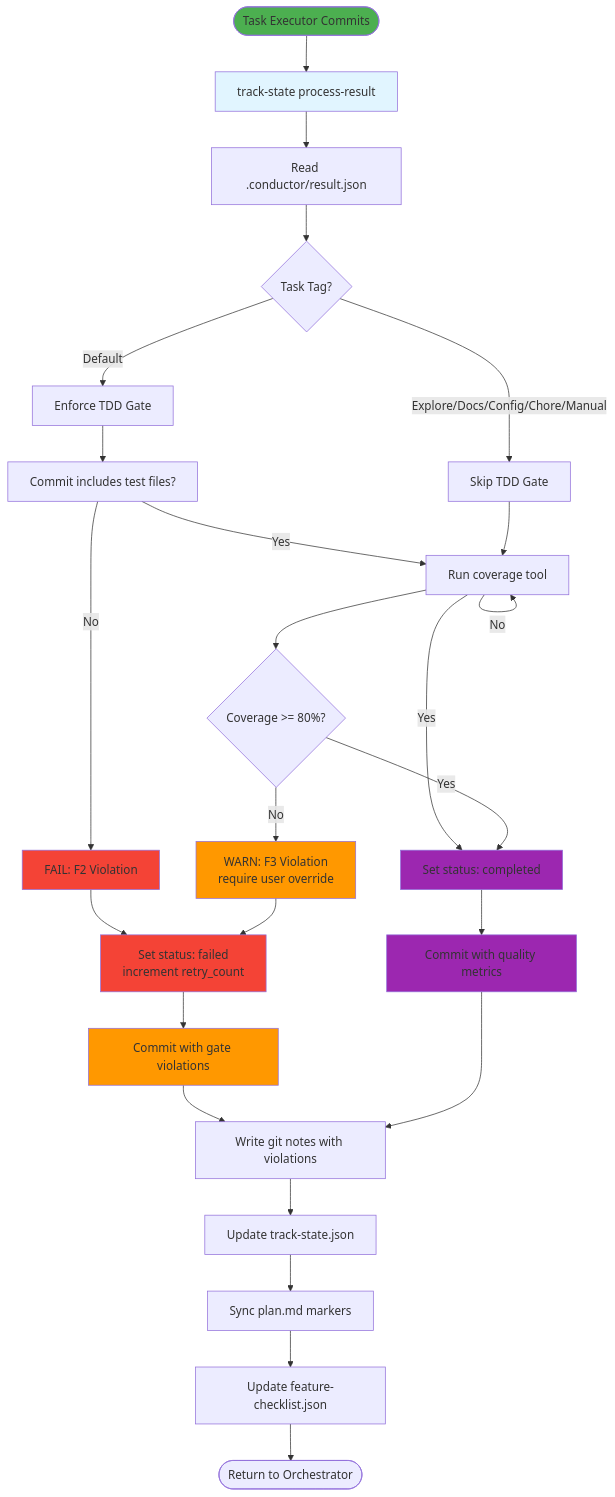
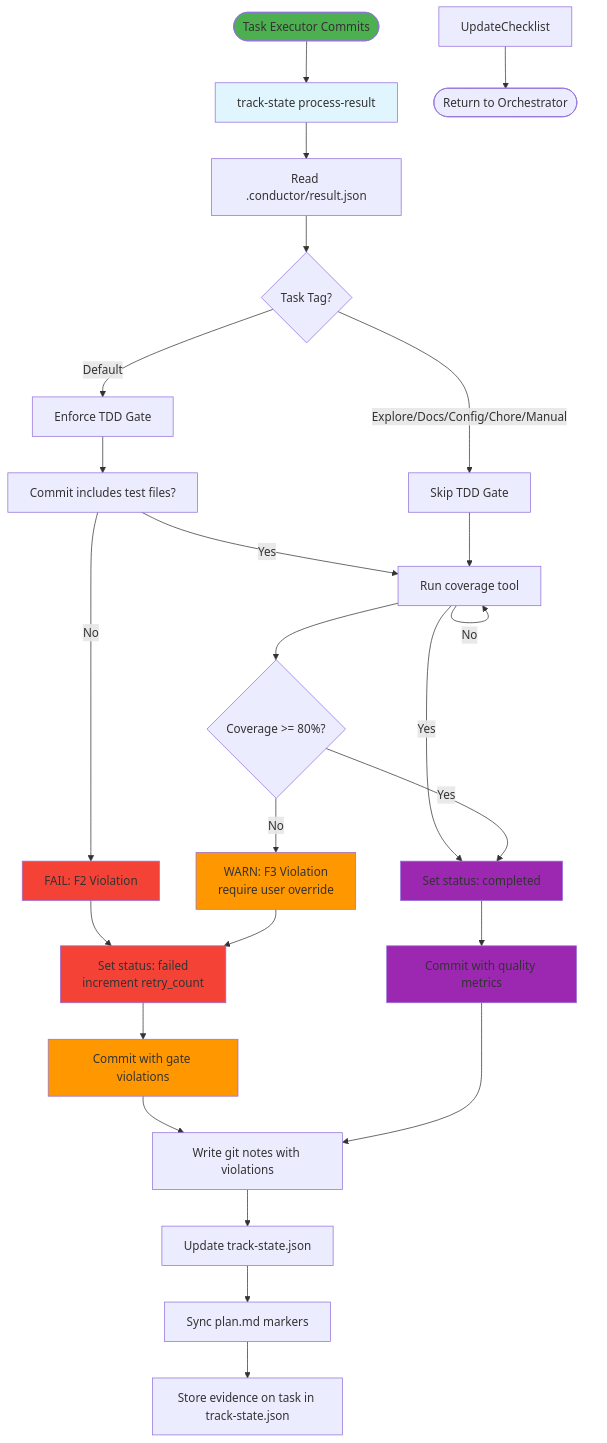
One commit to AtaraxiaEpiphany/conductor changed the sixth of 9 diagrams in developer/architecture/INTERACTION_FLOW.md. Above: the diagram before and after it, drawn with Mermaid. The commit also changed other lines of this file and 8 other files, not shown here.

First line of the commit message:
refactor(state): merge feature-checklist.json into track-state.json

````diff
--- a/developer/architecture/INTERACTION_FLOW.md
+++ b/developer/architecture/INTERACTION_FLOW.md
@@ -301,45 +301,45 @@
 ```mermaid
 flowchart TD
     Commit([Task Executor Commits]) --> ProcessResult[track-state process-result]
 
     ProcessResult --> ReadResult[Read .conductor/result.json]
     ReadResult --> CheckTag{Task Tag?}
 
     CheckTag -->|Explore/Docs/Config/Chore/Manual| SkipTDD[Skip TDD Gate]
     CheckTag -->|Default| EnforceTDD[Enforce TDD Gate]
 
     EnforceTDD --> CheckTestFiles[Commit includes test files?]
     CheckTestFiles -->|No| FailTDD[FAIL: F2 Violation]
     CheckTestFiles -->|Yes| CheckCoverage
 
     SkipTDD --> CheckCoverage{Skip Coverage?}
     CheckCoverage -->|Yes| SuccessState[Set status: completed]
     CheckCoverage -->|No| CheckCoverage
 
     CheckCoverage[Run coverage tool] --> CoverageThreshold{Coverage >= 80%?}
     CoverageThreshold -->|No| FailCoverage[WARN: F3 Violation<br/>require user override]
     CoverageThreshold -->|Yes| SuccessState
 
     FailTDD --> Failure[Set status: failed<br/>increment retry_count]
     FailCoverage --> Failure
 
     Failure --> CommitGate[Commit with gate violations]
     SuccessState --> CommitSuccess[Commit with quality metrics]
 
     CommitGate --> WriteNotes[Write git notes with violations]
     CommitSuccess --> WriteNotes
 
     WriteNotes --> UpdateState[Update track-state.json]
     UpdateState --> SyncPlan[Sync plan.md markers]
-    SyncPlan --> UpdateChecklist[Update feature-checklist.json]
+    SyncPlan --> StoreEvidence[Store evidence on task in track-state.json]
     UpdateChecklist --> Return([Return to Orchestrator])
 
     style Commit fill:#4caf50
     style ProcessResult fill:#e1f5ff
     style FailTDD fill:#f44336
     style FailCoverage fill:#ff9800
     style SuccessState fill:#9c27b0
     style Failure fill:#f44336
     style CommitGate fill:#ff9800
     style CommitSuccess fill:#9c27b0
 ```
````
